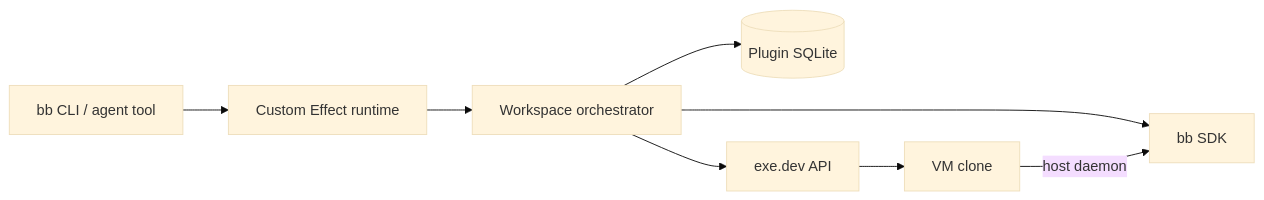
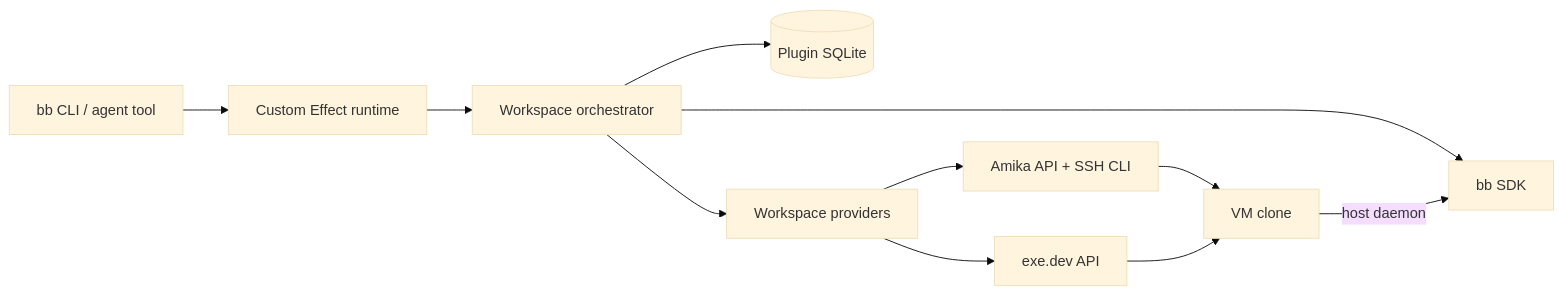
One commit to bjacobso/bb-remote-workspaces changed the diagram in README.md. Above: the diagram before and after it, drawn with Mermaid (base theme). The commit also changed other lines of this file and 28 other files, not shown here.

Commit message:
Rename to bb-remote-workspaces and add Exe and Amika providers

````diff
--- a/README.md
+++ b/README.md
@@ -108,10 +139,13 @@
 ```mermaid
 flowchart LR
   UI[bb CLI / agent tool] --> RT[Custom Effect runtime]
   RT --> ORCH[Workspace orchestrator]
   ORCH --> DB[(Plugin SQLite)]
-  ORCH --> EXE[exe.dev API]
+  ORCH --> PROVIDERS[Workspace providers]
+  PROVIDERS --> EXE[exe.dev API]
+  PROVIDERS --> AMIKA[Amika API + SSH CLI]
+  AMIKA --> VM
   ORCH --> BB[bb SDK]
   EXE --> VM[VM clone]
   VM -->|host daemon| BB
 ```
````
